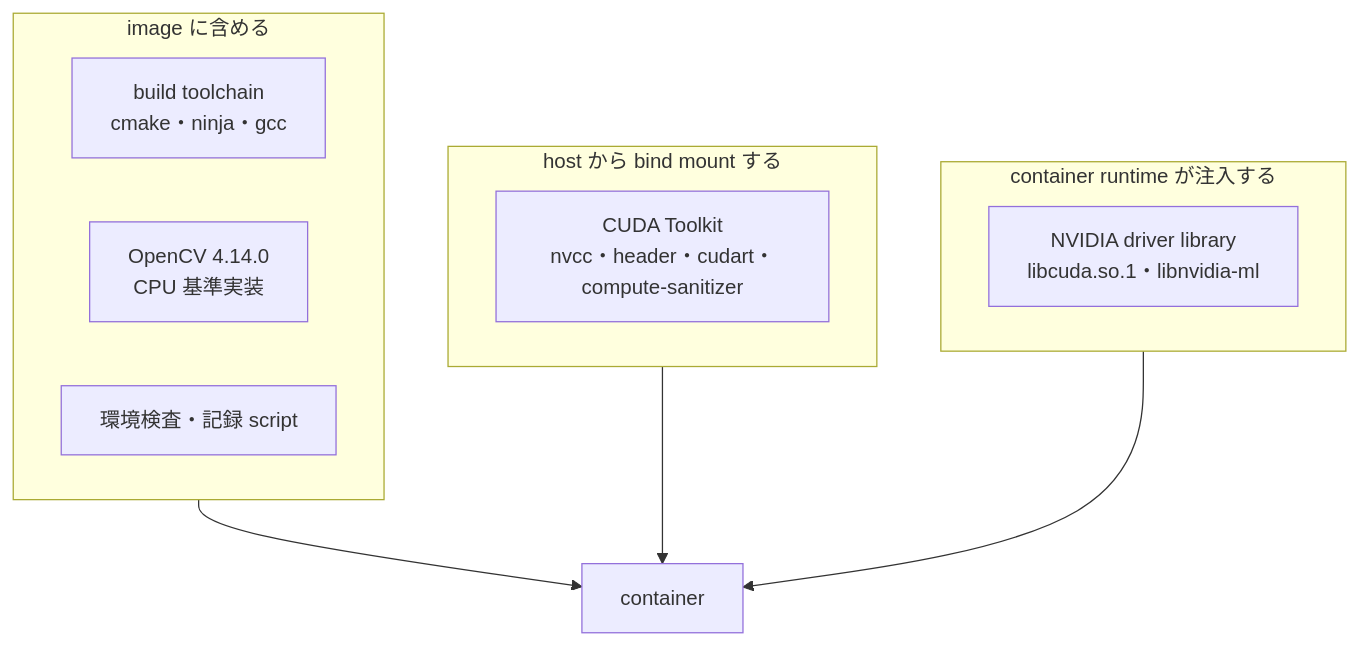
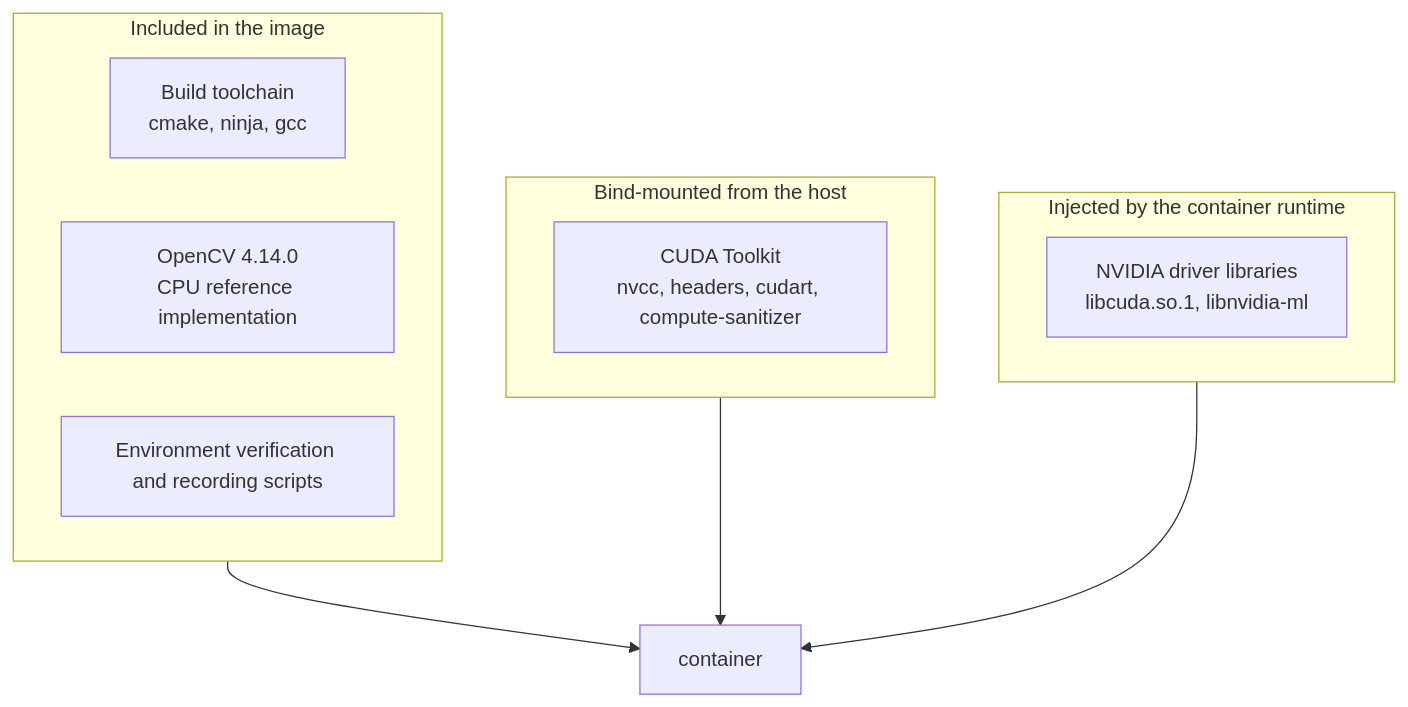
Before and after one commit to MasakazuTobeta/ArUco3-CUDA: the first of 2 diagrams in docs/design/docker-environment.md, drawn with Mermaid. The commit also changed other lines of this file and 187 other files, not shown here.

````diff
--- a/docs/design/docker-environment.md
+++ b/docs/design/docker-environment.md
@@ -69,17 +69,17 @@
 ```mermaid
 flowchart TD
-    subgraph IMG["image に含める"]
-        T["build toolchain<br/>cmake・ninja・gcc"]
-        O["OpenCV 4.14.0<br/>CPU 基準実装"]
-        S["環境検査・記録 script"]
+    subgraph IMG["Included in the image"]
+        T["Build toolchain<br/>cmake, ninja, gcc"]
+        O["OpenCV 4.14.0<br/>CPU reference implementation"]
+        S["Environment verification and recording scripts"]
     end
-    subgraph HOST["host から bind mount する"]
-        C["CUDA Toolkit<br/>nvcc・header・cudart・compute-sanitizer"]
+    subgraph HOST["Bind-mounted from the host"]
+        C["CUDA Toolkit<br/>nvcc, headers, cudart, compute-sanitizer"]
     end
-    subgraph RT["container runtime が注入する"]
-        D["NVIDIA driver library<br/>libcuda.so.1・libnvidia-ml"]
+    subgraph RT["Injected by the container runtime"]
+        D["NVIDIA driver libraries<br/>libcuda.so.1, libnvidia-ml"]
     end
     IMG --> X["container"]
     HOST --> X
     RT --> X
 ```
````
